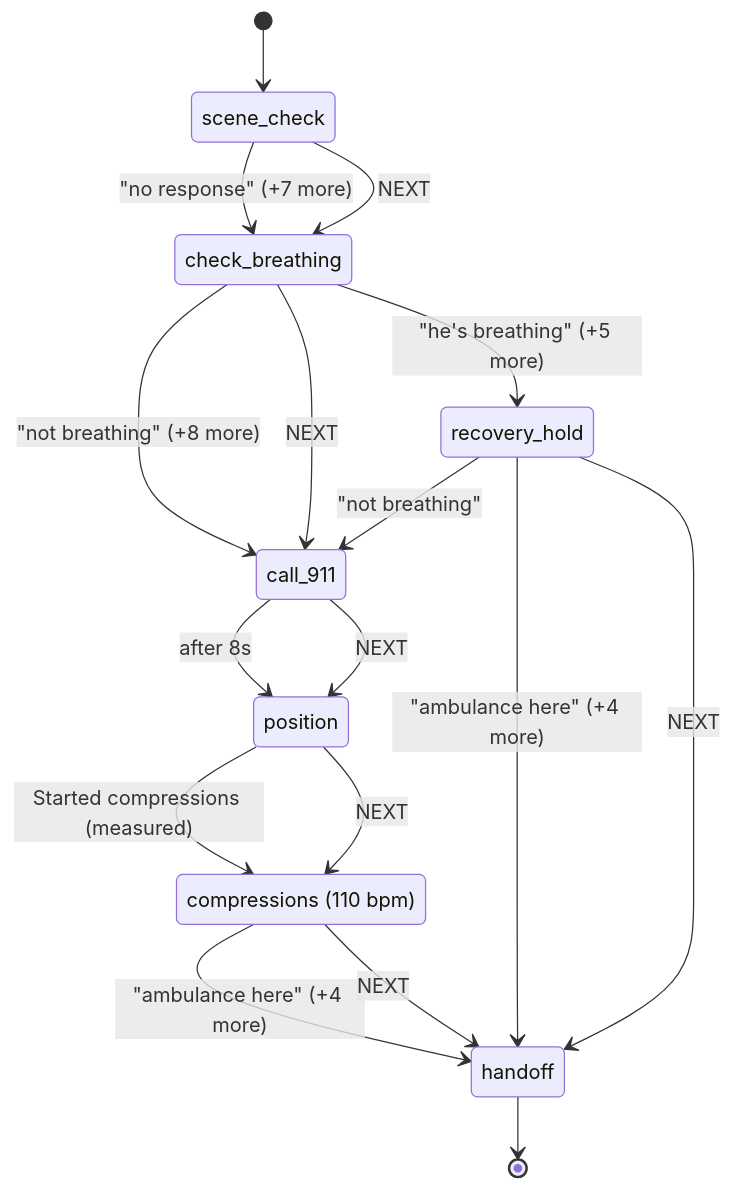
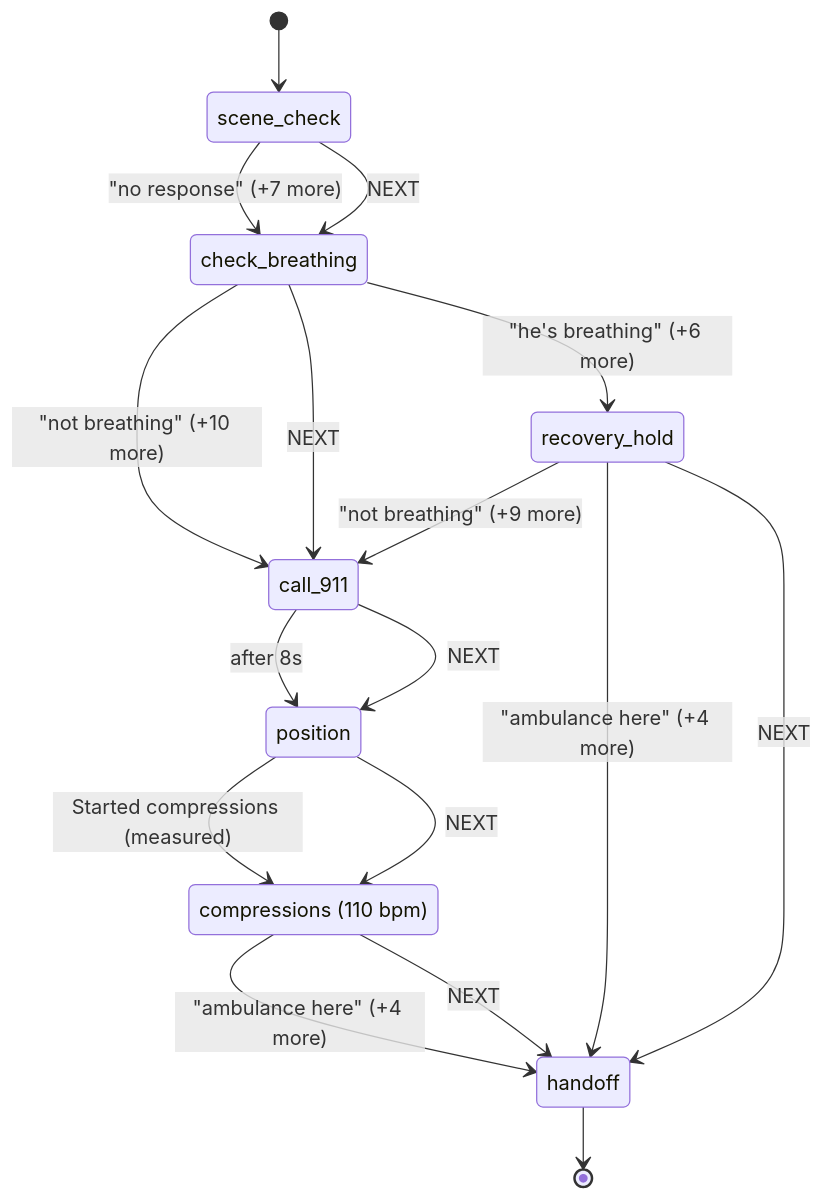
One commit to israelo19/mayday changed the second of 4 diagrams in docs/protocol-diagrams.md. Above: the diagram before and after it, drawn with Mermaid. The commit also changed other lines of this file and 20 other files, not shown here.

````diff
--- a/docs/protocol-diagrams.md
+++ b/docs/protocol-diagrams.md
@@ -25,26 +25,26 @@
 ```mermaid
 stateDiagram-v2
     [*] --> cardiac_scene_check
     cardiac_scene_check: scene_check
     cardiac_scene_check --> cardiac_check_breathing: "no response" (+7 more)
     cardiac_scene_check --> cardiac_check_breathing: NEXT
     cardiac_check_breathing: check_breathing
-    cardiac_check_breathing --> cardiac_call_911: "not breathing" (+8 more)
-    cardiac_check_breathing --> cardiac_recovery_hold: "he's breathing" (+5 more)
+    cardiac_check_breathing --> cardiac_call_911: "not breathing" (+10 more)
+    cardiac_check_breathing --> cardiac_recovery_hold: "he's breathing" (+6 more)
     cardiac_check_breathing --> cardiac_call_911: NEXT
     cardiac_call_911: call_911
     cardiac_call_911 --> cardiac_position: after 8s
     cardiac_call_911 --> cardiac_position: NEXT
     cardiac_position: position
     cardiac_position --> cardiac_compressions: Started compressions (measured)
     cardiac_position --> cardiac_compressions: NEXT
     cardiac_compressions: compressions (110 bpm)
     cardiac_compressions --> cardiac_handoff: "ambulance here" (+4 more)
     cardiac_compressions --> cardiac_handoff: NEXT
     cardiac_recovery_hold: recovery_hold
-    cardiac_recovery_hold --> cardiac_call_911: "not breathing"
+    cardiac_recovery_hold --> cardiac_call_911: "not breathing" (+9 more)
     cardiac_recovery_hold --> cardiac_handoff: "ambulance here" (+4 more)
     cardiac_recovery_hold --> cardiac_handoff: NEXT
     cardiac_handoff: handoff
     cardiac_handoff --> [*]
 ```
````
